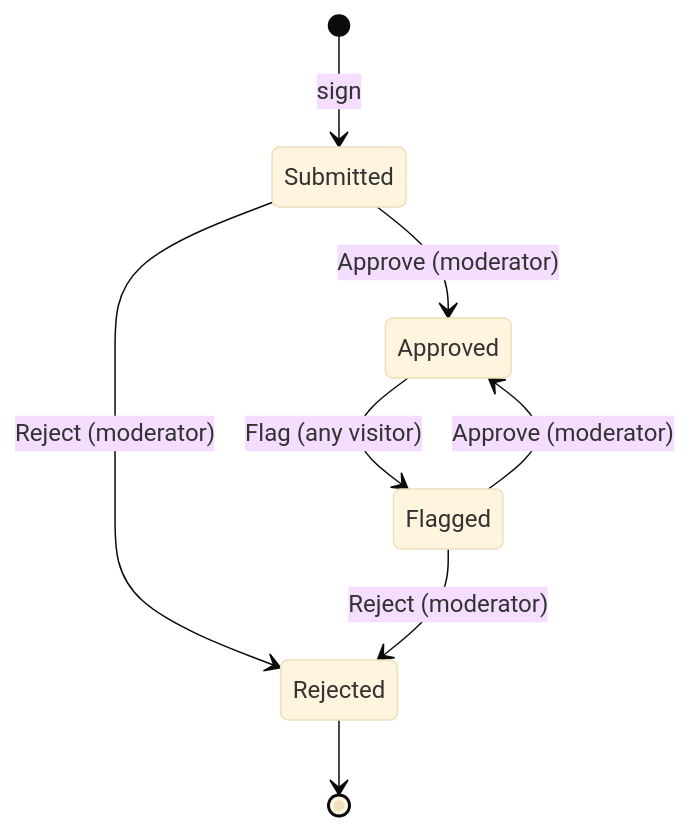
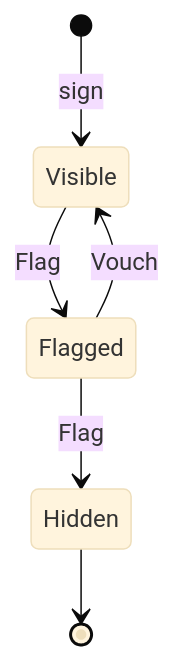
Before and after one commit to systemfsoftware/effect-endgame-starter-kit: the diagram in docs/brainstorms/2026-10-08-0340-feat-starter-state-of-the-art-plan.md, drawn with Mermaid (base theme). The commit also changed other lines of this file, not shown here.

First line of the commit message:
docs(brainstorm): record Q1, Q2, Q4, Q5 and make the lifecycle visitor-only (#81)

````diff
--- a/docs/brainstorms/2026-10-08-0340-feat-starter-state-of-the-art-plan.md
+++ b/docs/brainstorms/2026-10-08-0340-feat-starter-state-of-the-art-plan.md
@@ -136,11 +94,9 @@
 ```mermaid
 stateDiagram-v2
   direction TB
-  [*] --> Submitted: sign
-  Submitted --> Approved: Approve (moderator)
-  Submitted --> Rejected: Reject (moderator)
-  Approved --> Flagged: Flag (any visitor)
-  Flagged --> Approved: Approve (moderator)
-  Flagged --> Rejected: Reject (moderator)
-  Rejected --> [*]
+  [*] --> Visible: sign
+  Visible --> Flagged: Flag
+  Flagged --> Visible: Vouch
+  Flagged --> Hidden: Flag
+  Hidden --> [*]
 ```
````
